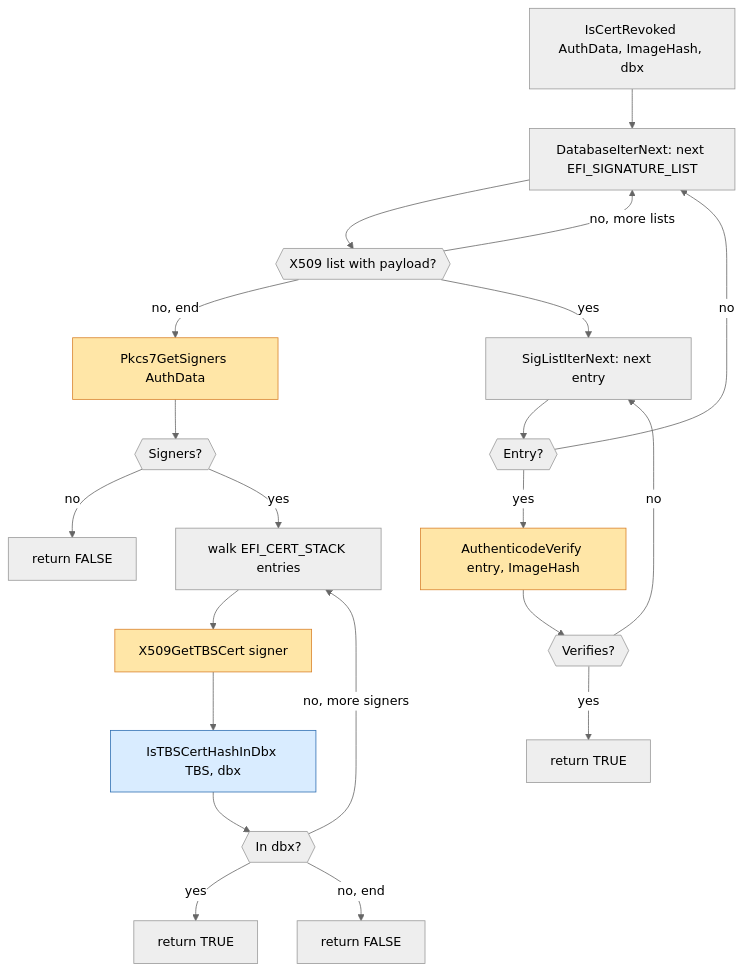
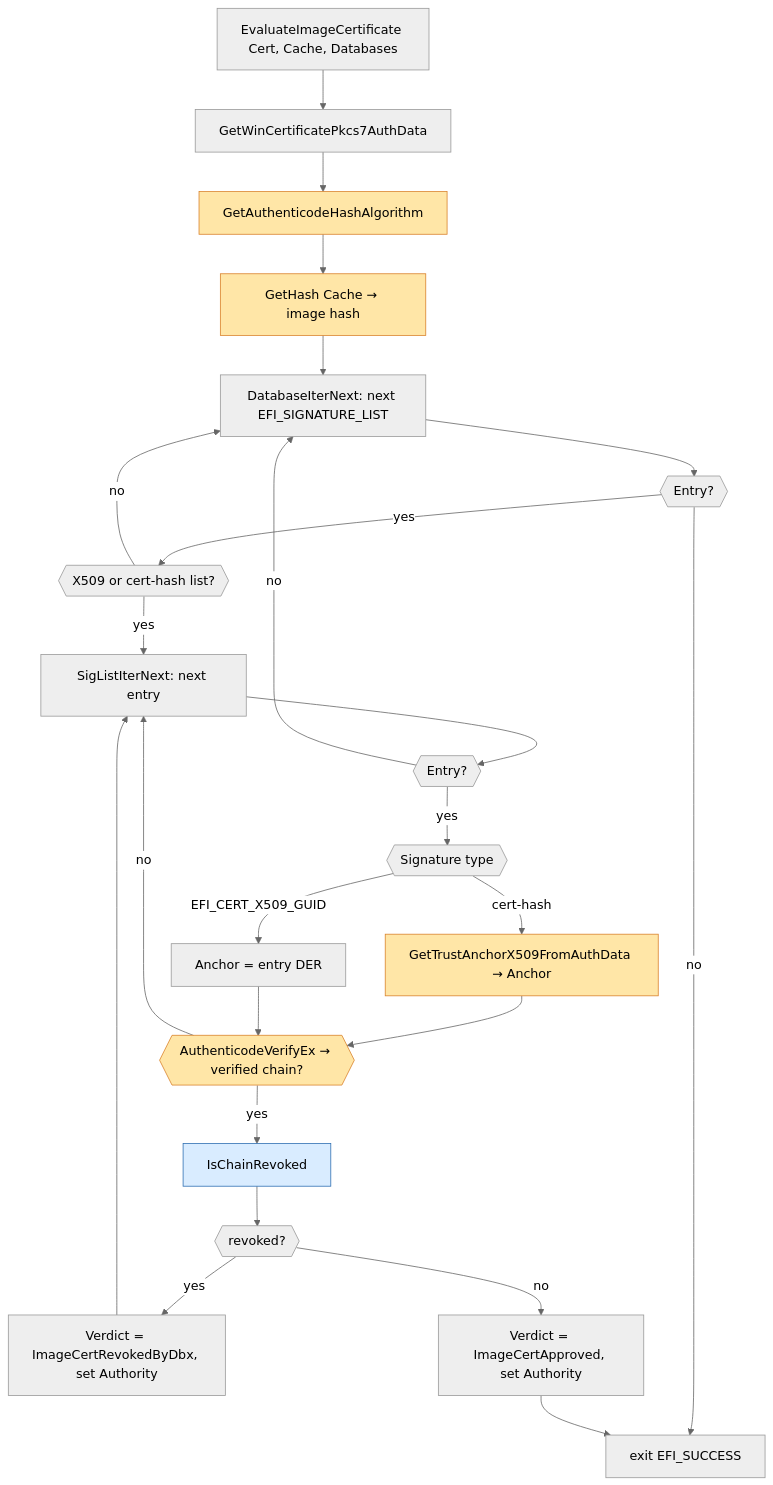
One commit to Javagedes/mu_basecore changed the fourth of 5 diagrams in SecurityPkg/Library/DxeImageVerificationLib2/README.md. Above: the diagram before and after it, drawn with Mermaid (neutral theme). The commit also changed other lines of this file and 12 other files, not shown here.

````diff
--- a/SecurityPkg/Library/DxeImageVerificationLib2/README.md
+++ b/SecurityPkg/Library/DxeImageVerificationLib2/README.md
@@ -268,29 +219,31 @@
 ```mermaid
 flowchart TD
-    A[IsCertRevoked AuthData, ImageHash, dbx] --> E[DatabaseIterNext: next EFI_SIGNATURE_LIST]
-    E --> E1{{X509 list with payload?}}
-    E1 -- no, more lists --> E
-    E1 -- no, end --> S[Pkcs7GetSigners AuthData]
-    E1 -- yes --> G[SigListIterNext: next entry]
-    G --> G1{{Entry?}}
-    G1 -- no  --> E
-    G1 -- yes --> AV[AuthenticodeVerify entry, ImageHash]
-    AV --> AV1{{Verifies?}}
-    AV1 -- yes --> RT[return TRUE]
-    AV1 -- no  --> G
-
-    S --> S1{{Signers?}}
-    S1 -- no  --> RF[return FALSE]
-    S1 -- yes --> W[walk EFI_CERT_STACK entries]
-    W --> TBS[X509GetTBSCert signer]
-    TBS --> ID[IsTBSCertHashInDbx TBS, dbx]
-    ID --> ID1{{In dbx?}}
-    ID1 -- yes --> FC[return TRUE]
-    ID1 -- no, more signers --> W
-    ID1 -- no, end --> FF[return FALSE]
+    A[EvaluateImageCertificate Cert, Cache, Databases] --> P[GetWinCertificatePkcs7AuthData]
+    P --> HA[GetAuthenticodeHashAlgorithm]
+    HA --> GH[GetHash Cache → image hash]
+    GH --> DL[DatabaseIterNext: next EFI_SIGNATURE_LIST]
+    DL --> DL1{{Entry?}}
+    DL1 -- no --> EX[exit EFI_SUCCESS]
+    DL1 -- yes --> TY{{X509 or cert-hash list?}}
+    TY -- no --> DL
+    TY -- yes --> EN[SigListIterNext: next entry]
+    EN --> EN1{{Entry?}}
+    EN1 -- no --> DL
+    EN1 -- yes --> RT{{Signature type}}
+    RT -- EFI_CERT_X509_GUID --> AX[Anchor = entry DER]
+    RT -- cert-hash --> GX[GetTrustAnchorX509FromAuthData → Anchor]
+    GX --> AV
+    AX --> AV{{AuthenticodeVerifyEx → verified chain?}}
+    AV -- no --> EN
+    AV -- yes --> CR[IsChainRevoked]
+    CR --> CR1{{revoked?}}
+    CR1 -- yes --> REV[Verdict = ImageCertRevokedByDbx, set Authority]
+    REV --> EN
+    CR1 -- no --> APP[Verdict = ImageCertApproved, set Authority]
+    APP --> EX
 
     classDef drill fill:#d9ecff,stroke:#2f6fb2,color:#000;
-    class ID drill;
+    class CR drill;
     classDef libclass fill:#ffe6a7,stroke:#d9822b,color:#000;
-    class AV,S,TBS libclass;
+    class HA,GH,GX,AV libclass;
 ```
````
